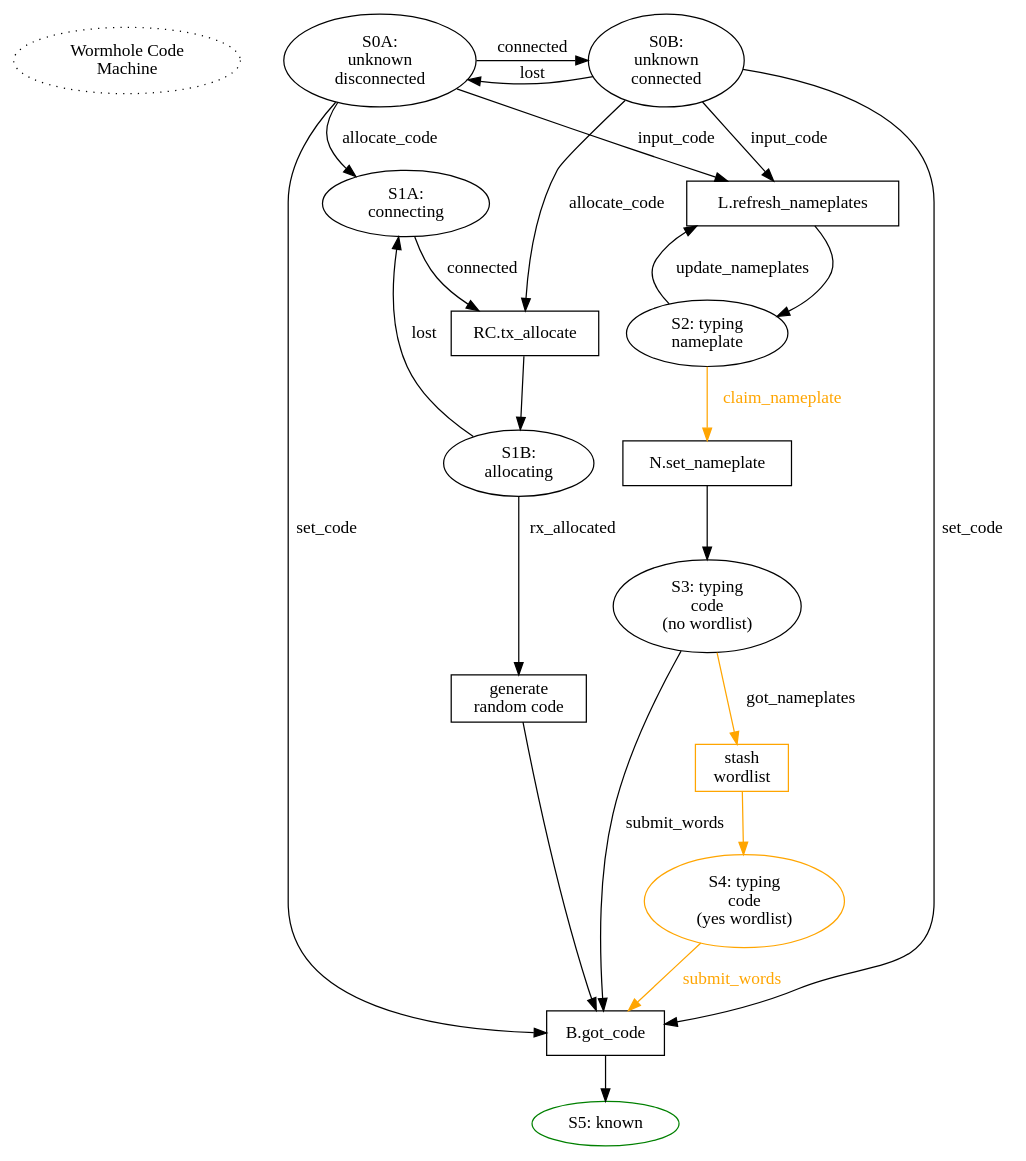
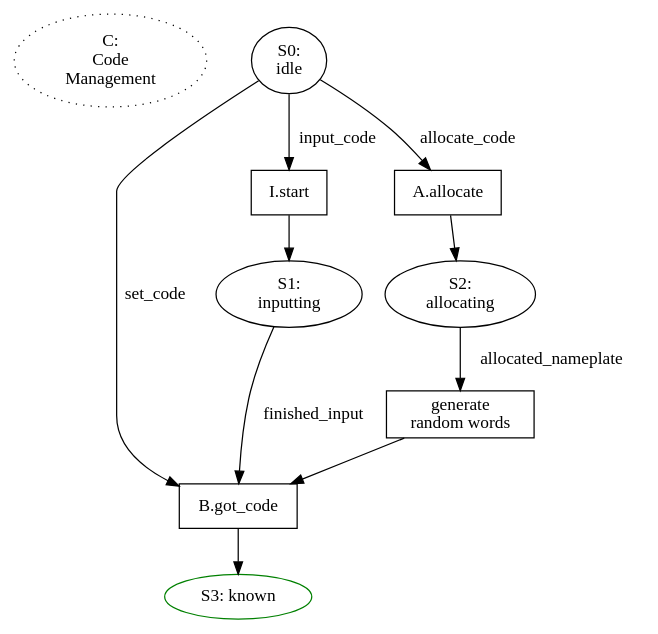
One commit to magic-wormhole/magic-wormhole changed the diagram in docs/state-machines/code.dot. Above: the diagram before and after it, drawn with Graphviz. The commit also changed 3 other files, not shown here.

Commit message:
split Code into Code/Input/Allocator, ostensibly simpler

```diff
--- a/docs/state-machines/code.dot
+++ b/docs/state-machines/code.dot
@@ -1,48 +1,27 @@
 digraph {
 
-        start [label="Wormhole Code\nMachine" style="dotted"]
-        {rank=same; start S0A S0B}
-        start -> S0A [style="invis"]
-        S0A [label="S0A:\nunknown\ndisconnected"]
-        S0A -> S0B [label="connected"]
-        S0B -> S0A [label="lost"]
-        S0B [label="S0B:\nunknown\nconnected"]
-        S0A -> P0_got_code [label="set_code"]
-        S0B -> P0_got_code [label="set_code"]
+        start [label="C:\nCode\nManagement" style="dotted"]
+        {rank=same; start S0}
+        start -> S0 [style="invis"]
+        S0 [label="S0:\nidle"]
+        S0 -> P0_got_code [label="set_code"]
         P0_got_code [shape="box" label="B.got_code"]
-        P0_got_code -> S5
-        S5 [label="S5: known" color="green"]
+        P0_got_code -> S3
+        S3 [label="S3: known" color="green"]
 
-        S0A -> P0_list_nameplates [label="input_code"]
-        S0B -> P0_list_nameplates [label="input_code"]
-        S2 [label="S2: typing\nnameplate"]
+        {rank=same; S1_inputting S2_allocating}
+        S0 -> P_input [label="input_code"]
+        P_input [shape="box" label="I.start"]
+        P_input -> S1_inputting
+        S1_inputting [label="S1:\ninputting"]
+        S1_inputting -> P0_got_code [label="finished_input"]
 
-        S2 -> P0_list_nameplates [label="update_nameplates"]
-        P0_list_nameplates [shape="box" label="L.refresh_nameplates"]
-        P0_list_nameplates -> S2
-
-        S2 -> P2_claim [label="claim_nameplate" color="orange" fontcolor="orange"]
-        P2_claim [shape="box" label="N.set_nameplate"]
-        P2_claim -> S3
-        S3 [label="S3: typing\ncode\n(no wordlist)"]
-        S3 -> P3_stash_wordlist [label="got_nameplates" color="orange"]
-        P3_stash_wordlist [shape="box" label="stash\nwordlist" color="orange"]
-        P3_stash_wordlist -> S4 [color="orange"]
-        S3 -> P0_got_code [label="submit_words"]
-        S4 [label="S4: typing\ncode\n(yes wordlist)" color="orange"]
-        S4 -> P0_got_code [label="submit_words" color="orange" fontcolor="orange"]
-
-        S0A -> S1A [label="allocate_code"]
-        S1A [label="S1A:\nconnecting"]
-        S1A -> P1_allocate [label="connected"]
-        P1_allocate [shape="box" label="RC.tx_allocate"]
-        P1_allocate -> S1B
-        S1B [label="S1B:\nallocating"]
-        S1B -> P1_generate [label="rx_allocated"]
-        S1B -> S1A [label="lost"]
-        P1_generate [shape="box" label="generate\nrandom code"]
+        S0 -> P_allocate [label="allocate_code"]
+        P_allocate [shape="box" label="A.allocate"]
+        P_allocate -> S2_allocating
+        S2_allocating [label="S2:\nallocating"]
+        S2_allocating -> P1_generate [label="allocated_nameplate"]
+        P1_generate [shape="box" label="generate\nrandom words"]
         P1_generate -> P0_got_code
 
-        S0B -> P1_allocate [label="allocate_code"]
-        
 }
```
